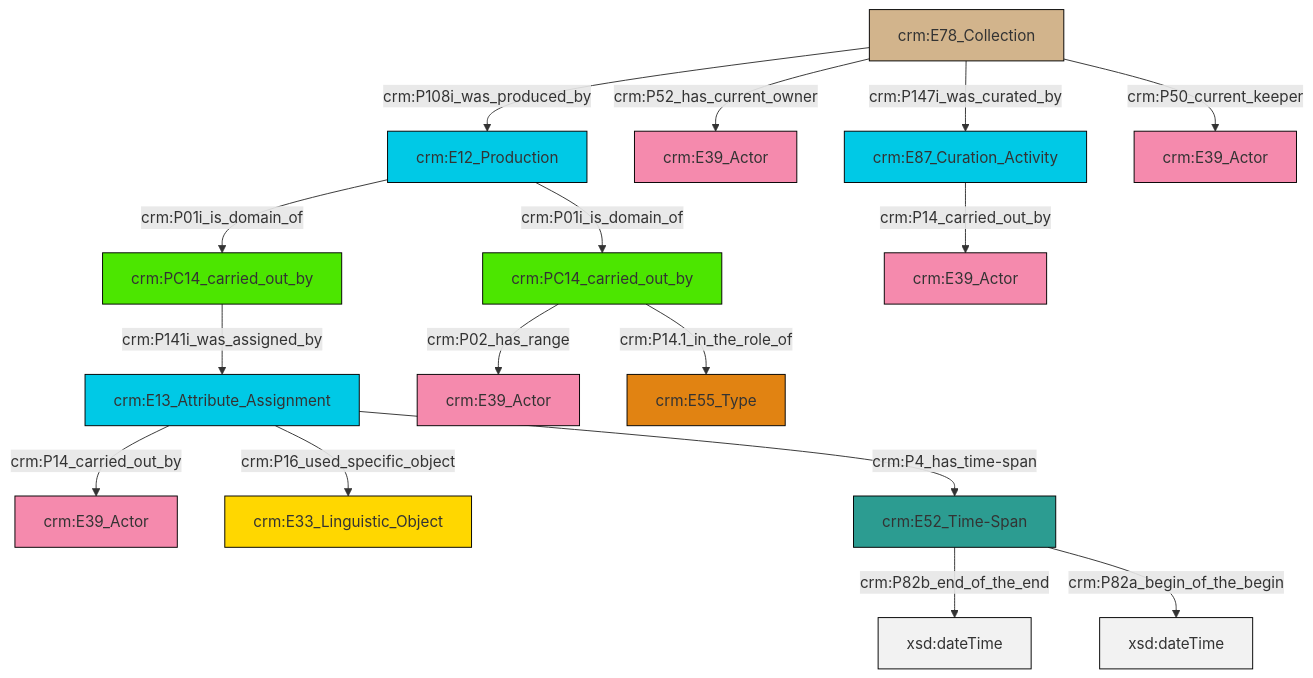
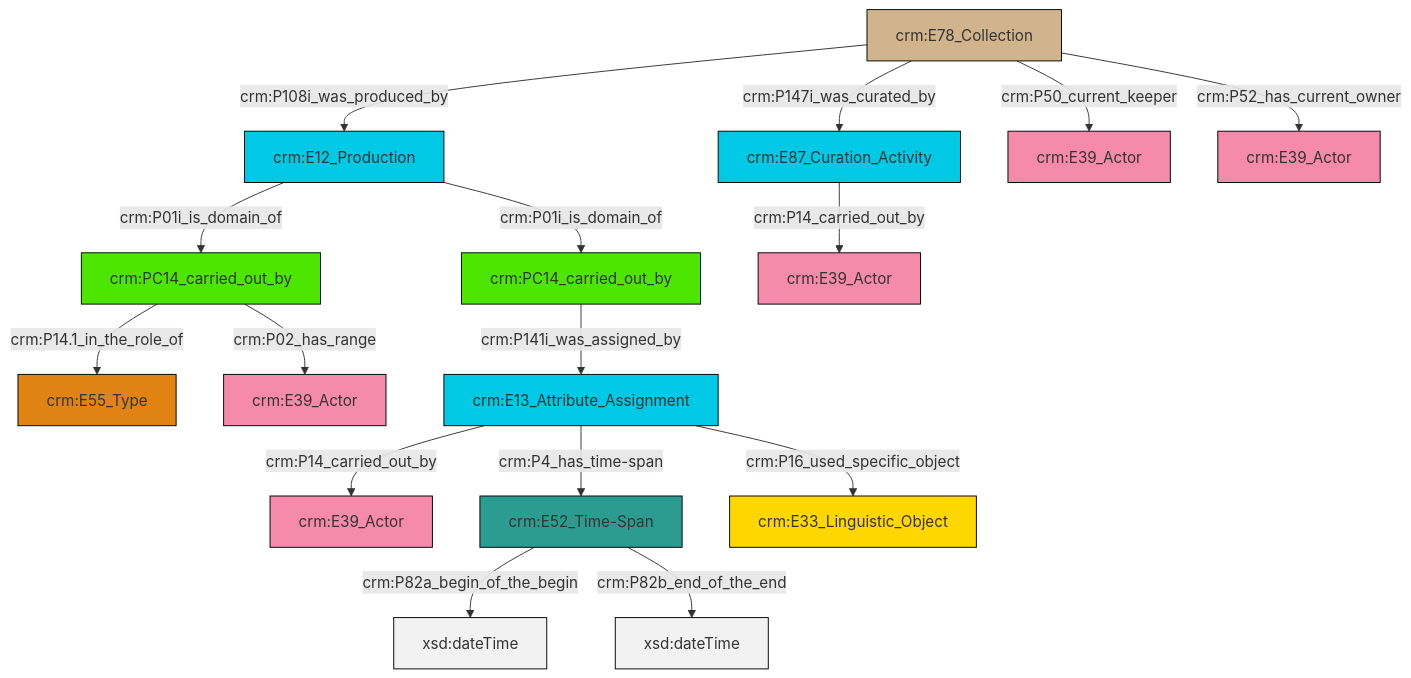
Before and after one commit to swiss-art-research-net/docs.swissartresearch: the diagram in et/archivalCSV/ttl/mmd/archival_relation.ttl.mmd, drawn with Mermaid. The commit also changed 190 other files, not shown here.

```diff
--- a/et/archivalCSV/ttl/mmd/archival_relation.ttl.mmd
+++ b/et/archivalCSV/ttl/mmd/archival_relation.ttl.mmd
@@ -1,30 +1,30 @@
 graph TD
 classDef Literal fill:#f2f2f2,stroke:#000000;
 classDef CRM_Entity fill:#FFFFFF,stroke:#000000;
 classDef Temporal_Entity fill:#00C9E6, stroke:#000000;
 classDef Type fill:#E18312, stroke:#000000;
 classDef Time-Span fill:#2C9C91, stroke:#000000;
 classDef Appellation fill:#FFEB7F, stroke:#000000;
 classDef Place fill:#008836, stroke:#000000;
 classDef Persistent_Item fill:#B266B2, stroke:#000000;
 classDef Conceptual_Object fill:#FFD700, stroke:#000000;
 classDef Physical_Thing fill:#D2B48C, stroke:#000000;
 classDef Actor fill:#f58aad, stroke:#000000;
 classDef PC_Classes fill:#4ce600, stroke:#000000;
 classDef Multi fill:#cccccc,stroke:#000000;
 
-0["crm:PC14_carried_out_by"]:::PC_Classes -->|crm:P02_has_range| 1["crm:E39_Actor"]:::Actor
-6["crm:E78_Collection"]:::Physical_Thing -->|crm:P108i_was_produced_by| 7["crm:E12_Production"]:::Temporal_Entity
-0["crm:PC14_carried_out_by"]:::PC_Classes -->|crm:P14.1_in_the_role_of| 8["crm:E55_Type"]:::Type
-6["crm:E78_Collection"]:::Physical_Thing -->|crm:P52_has_current_owner| 2["crm:E39_Actor"]:::Actor
-11["crm:E87_Curation_Activity"]:::Temporal_Entity -->|crm:P14_carried_out_by| 12["crm:E39_Actor"]:::Actor
-6["crm:E78_Collection"]:::Physical_Thing -->|crm:P147i_was_curated_by| 11["crm:E87_Curation_Activity"]:::Temporal_Entity
-13["crm:E52_Time-Span"]:::Time-Span -->|crm:P82b_end_of_the_end| 17[xsd:dateTime]:::Literal
-7["crm:E12_Production"]:::Temporal_Entity -->|crm:P01i_is_domain_of| 18["crm:PC14_carried_out_by"]:::PC_Classes
-6["crm:E78_Collection"]:::Physical_Thing -->|crm:P50_current_keeper| 21["crm:E39_Actor"]:::Actor
-24["crm:E13_Attribute_Assignment"]:::Temporal_Entity -->|crm:P14_carried_out_by| 4["crm:E39_Actor"]:::Actor
-7["crm:E12_Production"]:::Temporal_Entity -->|crm:P01i_is_domain_of| 0["crm:PC14_carried_out_by"]:::PC_Classes
-18["crm:PC14_carried_out_by"]:::PC_Classes -->|crm:P141i_was_assigned_by| 24["crm:E13_Attribute_Assignment"]:::Temporal_Entity
-24["crm:E13_Attribute_Assignment"]:::Temporal_Entity -->|crm:P16_used_specific_object| 19["crm:E33_Linguistic_Object"]:::Conceptual_Object
-24["crm:E13_Attribute_Assignment"]:::Temporal_Entity -->|crm:P4_has_time-span| 13["crm:E52_Time-Span"]:::Time-Span
-13["crm:E52_Time-Span"]:::Time-Span -->|crm:P82a_begin_of_the_begin| 28[xsd:dateTime]:::Literal
+0["crm:PC14_carried_out_by"]:::PC_Classes -->|crm:P14.1_in_the_role_of| 1["crm:E55_Type"]:::Type
+2["crm:E78_Collection"]:::Physical_Thing -->|crm:P108i_was_produced_by| 4["crm:E12_Production"]:::Temporal_Entity
+4["crm:E12_Production"]:::Temporal_Entity -->|crm:P01i_is_domain_of| 0["crm:PC14_carried_out_by"]:::PC_Classes
+5["crm:E13_Attribute_Assignment"]:::Temporal_Entity -->|crm:P14_carried_out_by| 6["crm:E39_Actor"]:::Actor
+0["crm:PC14_carried_out_by"]:::PC_Classes -->|crm:P02_has_range| 10["crm:E39_Actor"]:::Actor
+2["crm:E78_Collection"]:::Physical_Thing -->|crm:P147i_was_curated_by| 14["crm:E87_Curation_Activity"]:::Temporal_Entity
+5["crm:E13_Attribute_Assignment"]:::Temporal_Entity -->|crm:P4_has_time-span| 17["crm:E52_Time-Span"]:::Time-Span
+2["crm:E78_Collection"]:::Physical_Thing -->|crm:P50_current_keeper| 11["crm:E39_Actor"]:::Actor
+14["crm:E87_Curation_Activity"]:::Temporal_Entity -->|crm:P14_carried_out_by| 8["crm:E39_Actor"]:::Actor
+5["crm:E13_Attribute_Assignment"]:::Temporal_Entity -->|crm:P16_used_specific_object| 21["crm:E33_Linguistic_Object"]:::Conceptual_Object
+2["crm:E78_Collection"]:::Physical_Thing -->|crm:P52_has_current_owner| 15["crm:E39_Actor"]:::Actor
+19["crm:PC14_carried_out_by"]:::PC_Classes -->|crm:P141i_was_assigned_by| 5["crm:E13_Attribute_Assignment"]:::Temporal_Entity
+4["crm:E12_Production"]:::Temporal_Entity -->|crm:P01i_is_domain_of| 19["crm:PC14_carried_out_by"]:::PC_Classes
+17["crm:E52_Time-Span"]:::Time-Span -->|crm:P82a_begin_of_the_begin| 27[xsd:dateTime]:::Literal
+17["crm:E52_Time-Span"]:::Time-Span -->|crm:P82b_end_of_the_end| 28[xsd:dateTime]:::Literal
```
